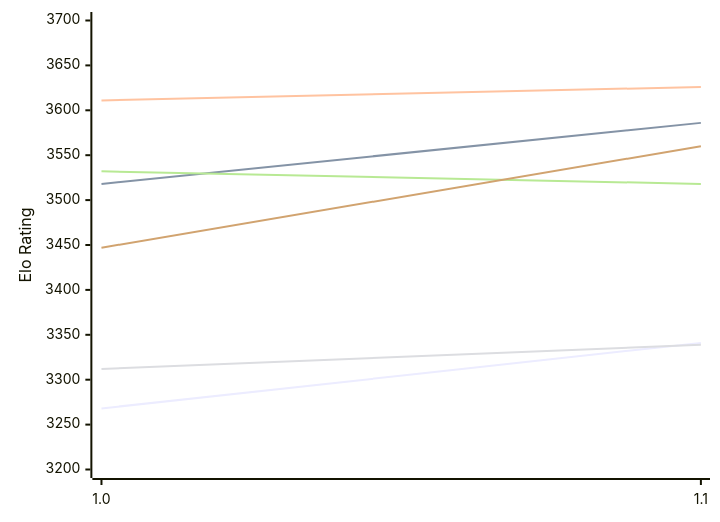
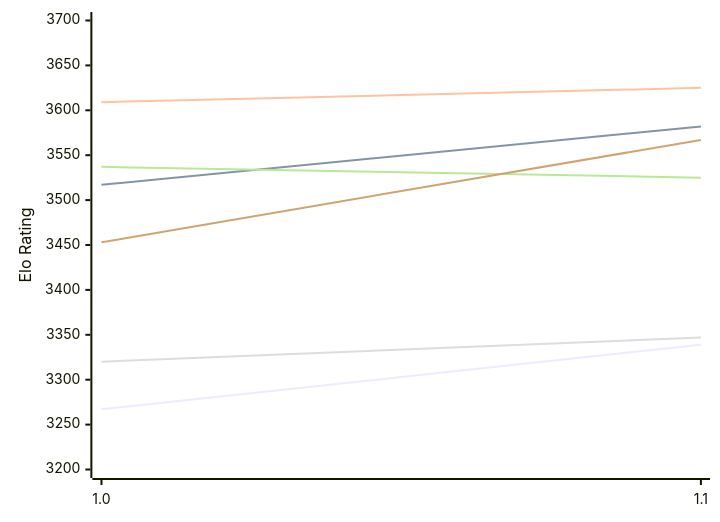
Before and after one commit to computer-chess-index/cci: the first of 2 diagrams in engines/Horsie.md, drawn with Mermaid. The commit also changed other lines of this file, not shown here.

Commit message:
Update CCI Ratings (ELO VLTC) - 2026-11-23

````diff
--- a/engines/Horsie.md
+++ b/engines/Horsie.md
@@ -50,12 +50,12 @@
 ```mermaid
 %%{init: {"theme":"base","themeVariables":{"seriesColors:['#a3a3a3','#222221','#faa371']}}}%%
 xychart-beta
   x-axis ["1.0", "1.1"]
   y-axis "Elo Rating" 3200 --> 3700
-  line "E1: STC (8.0+0.08s)" [3268, 3341]
-  line "E1: LTC (60.0+0.60s)" [3518, 3586]
-  line "E1: VLTC (2m24s+1.12s)" [3611, 3626]
-  line "P1: STC (8.0+0.08s)" [3312, 3339]
-  line "P1: LTC (60.0+0.60s)" [3532, 3518]
-  line "P1: VLTC (2m24s+1.12s)" [3447, 3560]
+  line "E1: STC (8.0+0.08s)" [3267, 3339]
+  line "E1: LTC (60.0+0.60s)" [3517, 3582]
+  line "E1: VLTC (2m24s+1.12s)" [3609, 3625]
+  line "P1: STC (8.0+0.08s)" [3320, 3347]
+  line "P1: LTC (60.0+0.60s)" [3537, 3525]
+  line "P1: VLTC (2m24s+1.12s)" [3453, 3567]
 ```
````
